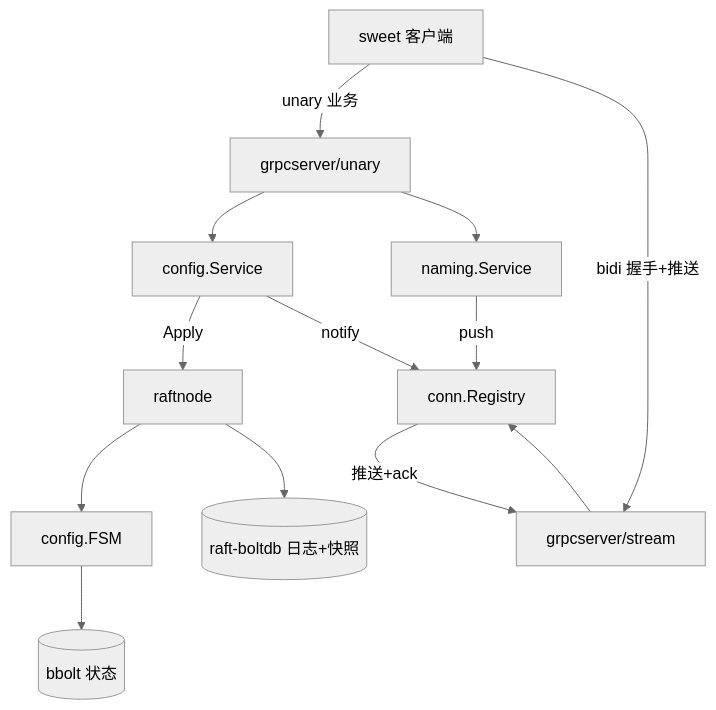
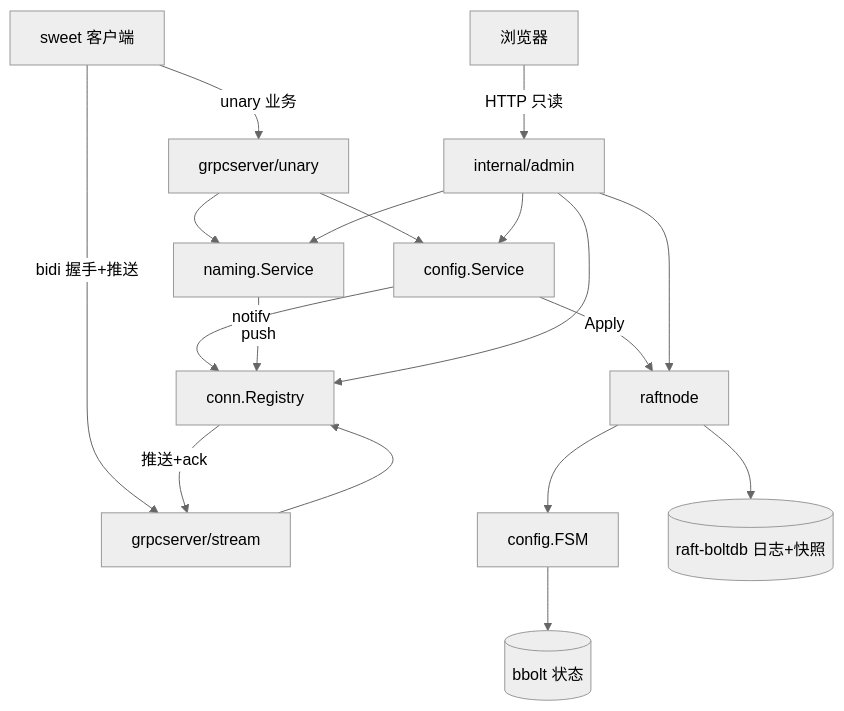
The diagram in doc/design.md (javahongxi/go-nacos), drawn with Mermaid (neutral theme) before and after one commit. The commit also changed other lines of this file and 10 other files, not shown here.

First line of the commit message:
feat: 只读观测台 internal/admin —— 独立 HTTP 端口 + embed 前端

````diff
--- a/doc/design.md
+++ b/doc/design.md
@@ -31,15 +31,20 @@
 ```mermaid
 graph TD
     C[sweet 客户端] -->|unary 业务| U[grpcserver/unary]
     C -->|bidi 握手+推送| S[grpcserver/stream]
     U --> CFG[config.Service]
     U --> NAM[naming.Service]
     S --> CONN[conn.Registry]
     CFG -->|Apply| RAFT[raftnode]
     RAFT --> FSM[config.FSM]
     FSM --> BB[(bbolt 状态)]
     RAFT --> LOG[(raft-boltdb 日志+快照)]
     CFG -->|notify| CONN
     NAM -->|push| CONN
     CONN -->|推送+ack| S
+    B[浏览器] -->|HTTP 只读| ADM[internal/admin]
+    ADM --> CFG
+    ADM --> NAM
+    ADM --> CONN
+    ADM --> RAFT
 ```
````
